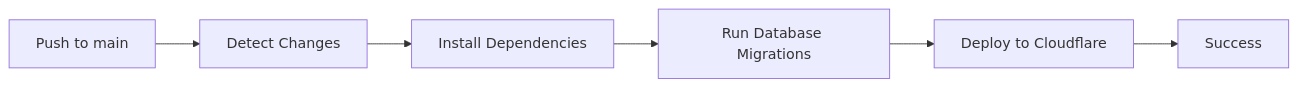
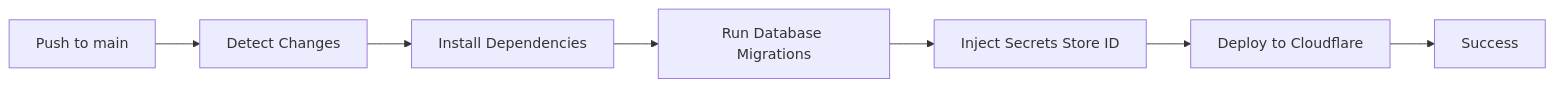
One commit to yuriolive/learning-infra changed the diagram in docs/deployment/CONTROL_PLANE.md. Above: the diagram before and after it, drawn with Mermaid. The commit also changed other lines of this file and 4 other files, not shown here.

````diff
--- a/docs/deployment/CONTROL_PLANE.md
+++ b/docs/deployment/CONTROL_PLANE.md
@@ -60,8 +59,9 @@
 ```mermaid
 graph LR
     A[Push to main] --> B[Detect Changes]
     B --> C[Install Dependencies]
     C --> D[Run Database Migrations]
-    D --> E[Deploy to Cloudflare]
-    E --> F[Success]
+    D --> E[Inject Secrets Store ID]
+    E --> F[Deploy to Cloudflare]
+    F --> G[Success]
 ```
````
